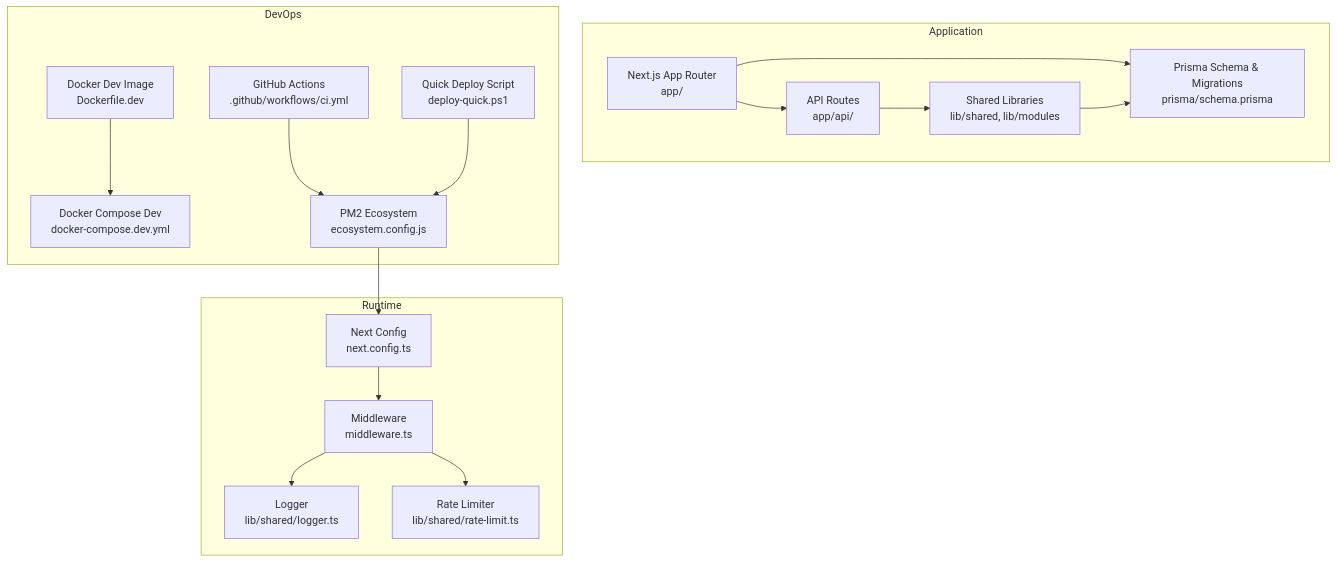
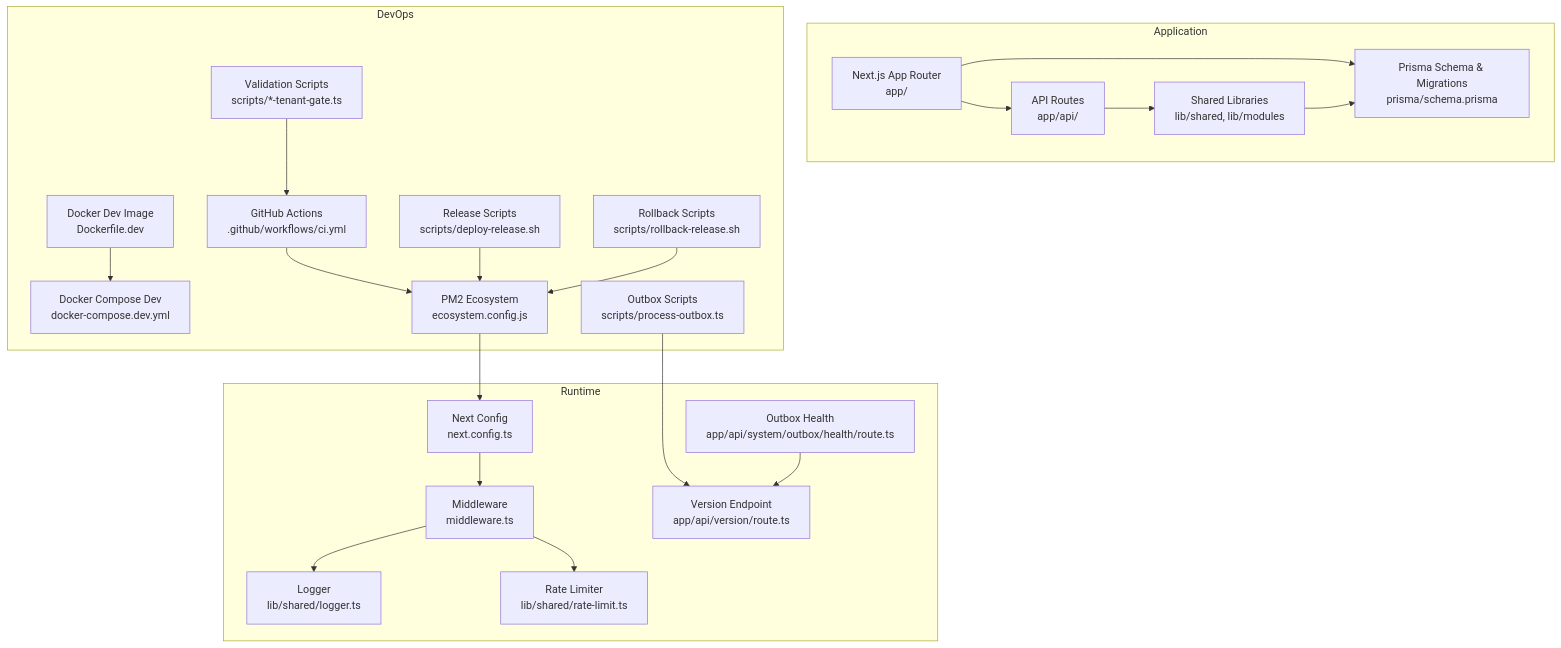
Before and after one commit to nzey11/erp-new: the first of 9 diagrams in .qoder/repowiki/en/content/Deployment & Operations.md, drawn with Mermaid. The commit also changed other lines of this file and 46 other files, not shown here.

````diff
--- a/.qoder/repowiki/en/content/Deployment & Operations.md
+++ b/.qoder/repowiki/en/content/Deployment & Operations.md
@@ -56,33 +73,42 @@
 ```mermaid
 graph TB
 subgraph "Application"
 APP["Next.js App Router<br/>app/"]
 API["API Routes<br/>app/api/"]
 LIB["Shared Libraries<br/>lib/shared, lib/modules"]
 PRISMA["Prisma Schema & Migrations<br/>prisma/schema.prisma"]
 end
 subgraph "DevOps"
 DOCKERDEV["Docker Dev Image<br/>Dockerfile.dev"]
 DCDEV["Docker Compose Dev<br/>docker-compose.dev.yml"]
 PM2CFG["PM2 Ecosystem<br/>ecosystem.config.js"]
 GHACT["GitHub Actions<br/>.github/workflows/ci.yml"]
-QUICKDEPLOY["Quick Deploy Script<br/>deploy-quick.ps1"]
+DEPLOYSCRIPTS["Release Scripts<br/>scripts/deploy-release.sh"]
+ROLLBACKSCRIPTS["Rollback Scripts<br/>scripts/rollback-release.sh"]
+VALIDATION["Validation Scripts<br/>scripts/*-tenant-gate.ts"]
+OUTBOX["Outbox Scripts<br/>scripts/process-outbox.ts"]
 end
 subgraph "Runtime"
 NEXTCONF["Next Config<br/>next.config.ts"]
 MW["Middleware<br/>middleware.ts"]
 LOG["Logger<br/>lib/shared/logger.ts"]
 RL["Rate Limiter<br/>lib/shared/rate-limit.ts"]
+VERSION["Version Endpoint<br/>app/api/version/route.ts"]
+OUTBOXHEALTH["Outbox Health<br/>app/api/system/outbox/health/route.ts"]
 end
 APP --> API
 API --> LIB
 APP --> PRISMA
 LIB --> PRISMA
 DOCKERDEV --> DCDEV
 GHACT --> PM2CFG
 PM2CFG --> NEXTCONF
 NEXTCONF --> MW
 MW --> LOG
 MW --> RL
-QUICKDEPLOY --> PM2CFG
+DEPLOYSCRIPTS --> PM2CFG
+ROLLBACKSCRIPTS --> PM2CFG
+VALIDATION --> GHACT
+OUTBOX --> VERSION
+OUTBOXHEALTH --> VERSION
 ```
````
